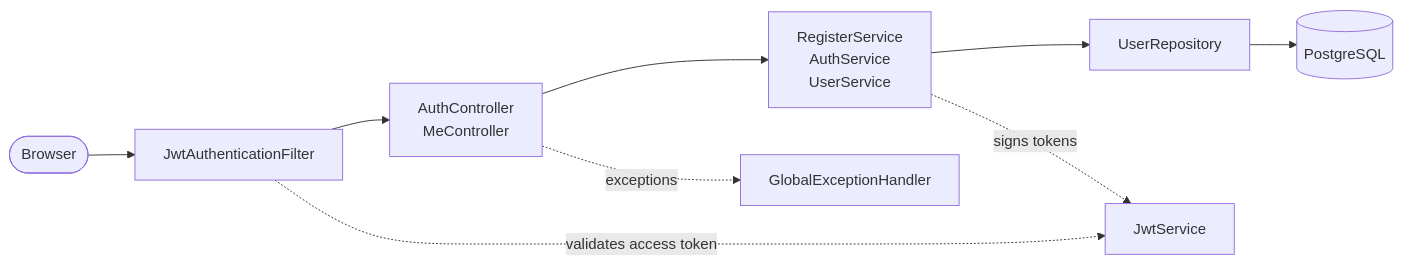
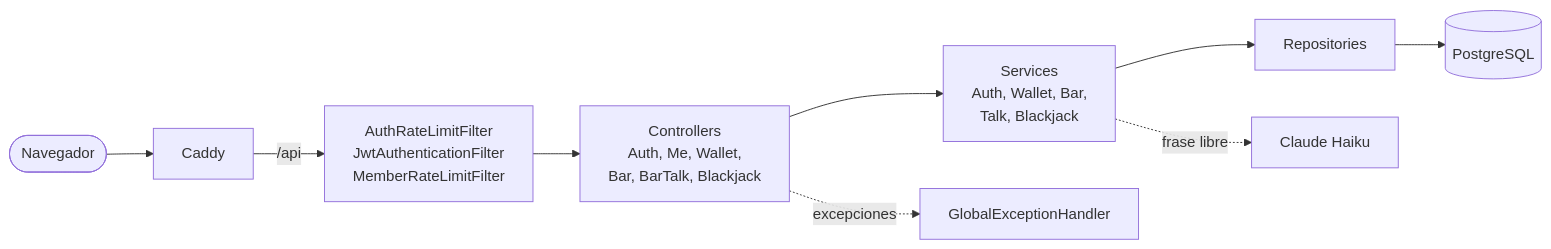
The first of 3 diagrams in README.md (iulian640/iulianlounge-backend), drawn with Mermaid before and after one commit. The commit also changed other lines of this file and 2 other files, not shown here.

````diff
--- a/README.md
+++ b/README.md
@@ -94,11 +122,11 @@
 ```mermaid
 flowchart LR
-    client([Browser]) --> filter[JwtAuthenticationFilter]
-    filter --> ctrl["AuthController<br/>MeController"]
-    ctrl --> svc["RegisterService<br/>AuthService<br/>UserService"]
-    svc --> repo[UserRepository]
+    client([Navegador]) --> caddy[Caddy]
+    caddy -->|/api| rl["AuthRateLimitFilter<br/>JwtAuthenticationFilter<br/>MemberRateLimitFilter"]
+    rl --> ctrl["Controllers<br/>Auth, Me, Wallet,<br/>Bar, BarTalk, Blackjack"]
+    ctrl --> svc["Services<br/>Auth, Wallet, Bar,<br/>Talk, Blackjack"]
+    svc --> repo[Repositories]
     repo --> db[(PostgreSQL)]
-    filter -. validates access token .-> jwt[JwtService]
-    svc -. signs tokens .-> jwt
-    ctrl -. exceptions .-> handler[GlobalExceptionHandler]
+    svc -. frase libre .-> llm[Claude Haiku]
+    ctrl -. excepciones .-> handler[GlobalExceptionHandler]
 ```
````
